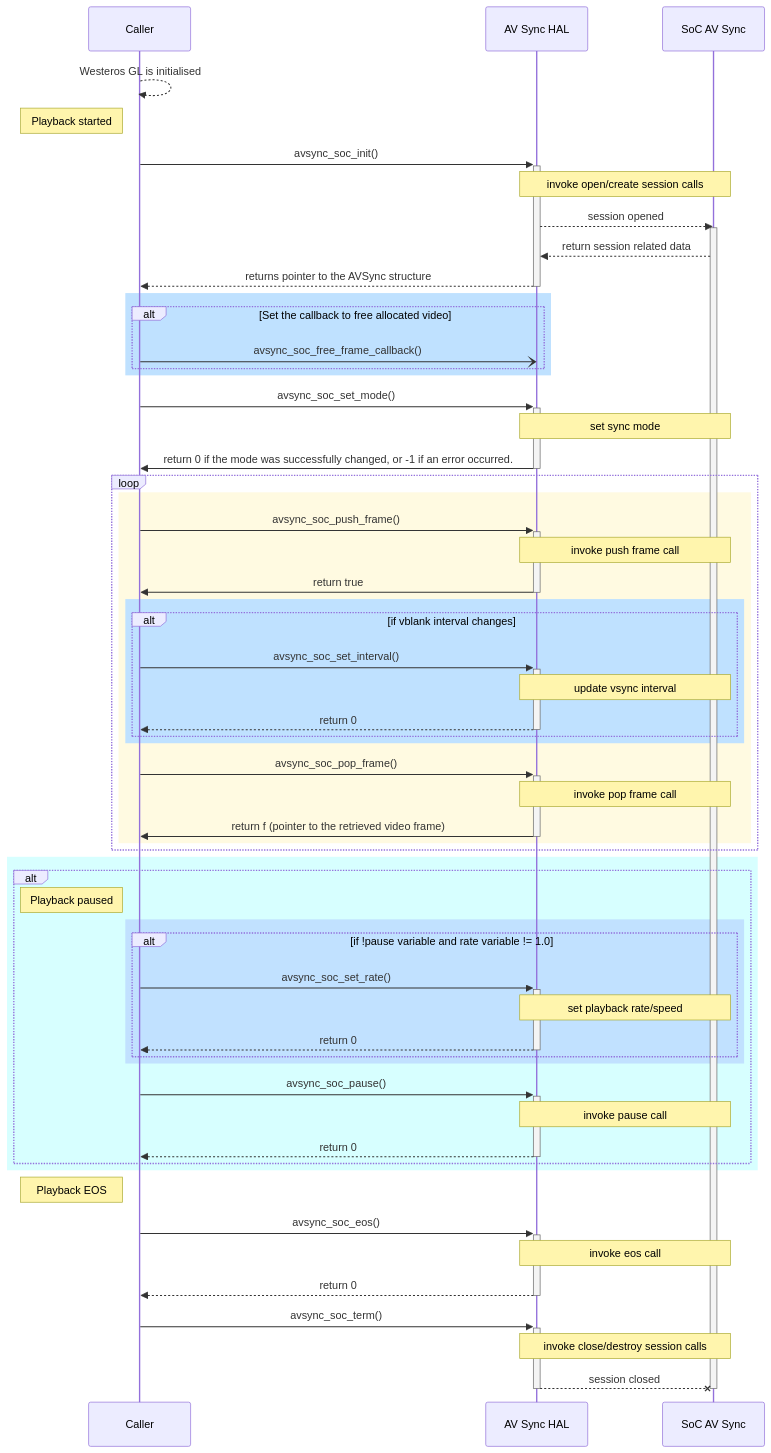
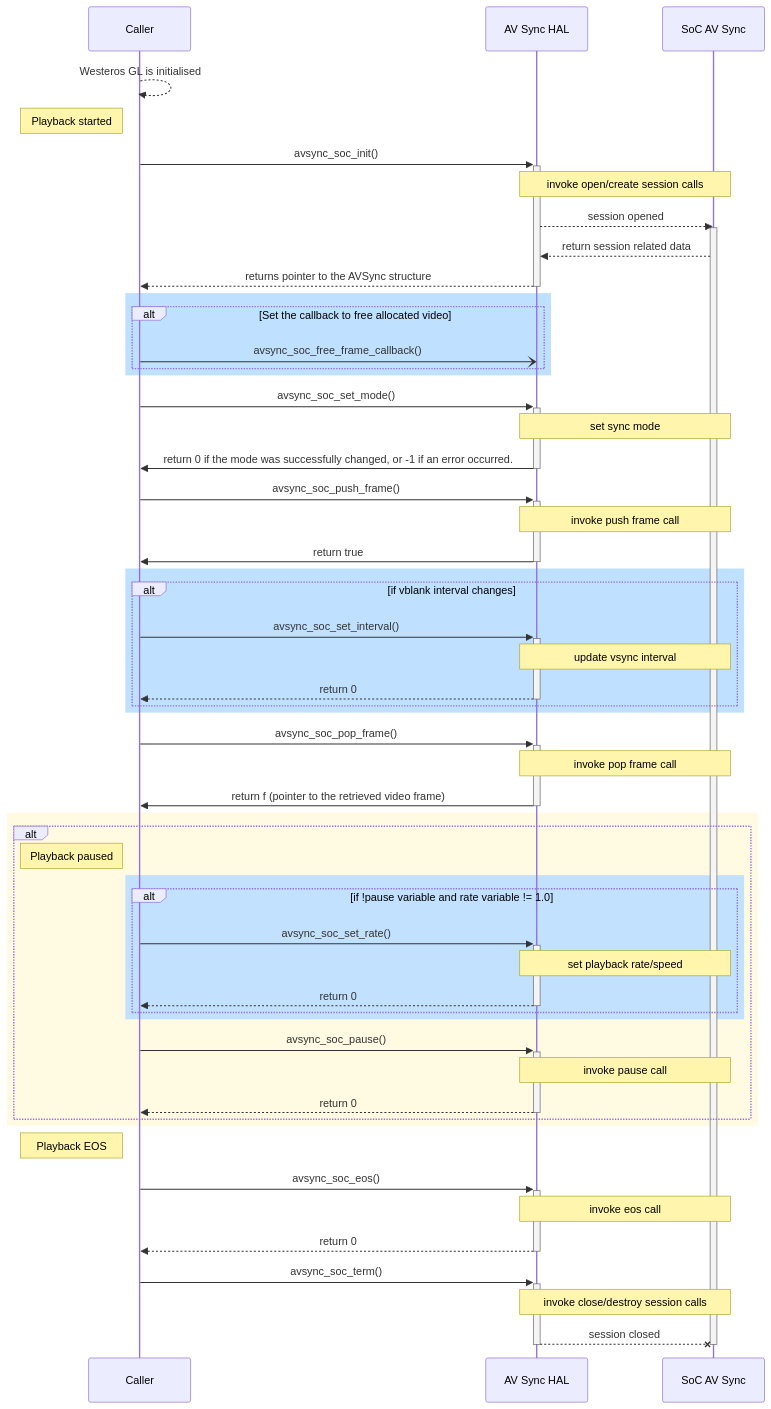
One commit to rdkcentral/rdk-halif-avsync changed the second of 2 diagrams in docs/pages/av-sync.md. Above: the diagram before and after it, drawn with Mermaid. The commit also changed other lines of this file, not shown here.

````diff
--- a/docs/pages/av-sync.md
+++ b/docs/pages/av-sync.md
@@ -159,69 +157,71 @@
 ```mermaid
 
 sequenceDiagram
+
 participant Caller
 participant AV Sync HAL
 participant SoC AV Sync 
 
 Caller-->>Caller:Westeros GL is initialised
 note left of Caller:Playback started
+
 Caller->>+AV Sync HAL:avsync_soc_init()
 note over AV Sync HAL,SoC AV Sync:invoke open/create session calls
 AV Sync HAL-->>SoC AV Sync:session opened
 activate SoC AV Sync 
 SoC AV Sync-->>AV Sync HAL:return session related data
 AV Sync HAL-->>-Caller:returns pointer to the AVSync structure
+
 rect rgb(191, 225, 255)
 alt Set the callback to free allocated video 
 Caller-)AV Sync HAL:avsync_soc_free_frame_callback()
 end
 end
+
 Caller->>+AV Sync HAL:avsync_soc_set_mode()
 note over AV Sync HAL,SoC AV Sync:set sync mode
 AV Sync HAL->>-Caller: return 0 if the mode was successfully changed, or -1 if an error occurred.
 
-loop
-rect rgb(255,250,225)
 Caller->>+AV Sync HAL:avsync_soc_push_frame()
 note over AV Sync HAL,SoC AV Sync:invoke push frame call
 AV Sync HAL->>-Caller:return true
+
 rect rgb(191, 225, 255)
 alt if vblank interval changes
 Caller->>+AV Sync HAL:avsync_soc_set_interval()
 note over AV Sync HAL,SoC AV Sync:update vsync interval
 AV Sync HAL-->>-Caller:return 0
 end
 end
+
 Caller->>+AV Sync HAL:avsync_soc_pop_frame()
 note over AV Sync HAL,SoC AV Sync:invoke pop frame call
 AV Sync HAL->>-Caller:return f (pointer to the retrieved video frame)
-end
-end
 
-rect rgb(215, 255, 255)
+rect rgb(255,250,225)
 alt
 note left of Caller:Playback paused
 rect rgb(193, 225, 255)
 alt  if !pause variable and rate variable != 1.0
 Caller->>+AV Sync HAL:avsync_soc_set_rate()
 note over AV Sync HAL,SoC AV Sync:set playback rate/speed
 AV Sync HAL-->>-Caller:return 0
 end
 end
 Caller->>+AV Sync HAL:avsync_soc_pause()
 note over AV Sync HAL,SoC AV Sync:invoke pause call
 AV Sync HAL-->>-Caller:return 0
 end
 end
 
 note left of Caller:Playback EOS
 Caller->>+AV Sync HAL:avsync_soc_eos()
 note over AV Sync HAL,SoC AV Sync:invoke eos call
 AV Sync HAL-->>-Caller:return 0
 Caller->>+AV Sync HAL:avsync_soc_term()
 note over AV Sync HAL,SoC AV Sync:invoke close/destroy session calls
 AV Sync HAL--xSoC AV Sync:session closed
 deactivate SoC AV Sync 
 deactivate AV Sync HAL
 
 ```
````
